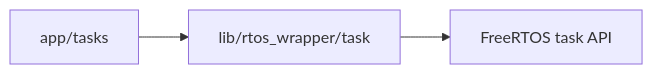
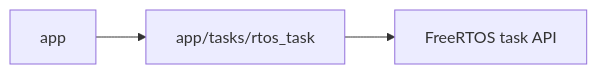
Before and after one commit to starkensan/usb_midi_pedal: the first of 2 diagrams in docs/designs/rtos-task.md, drawn with Mermaid. The commit also changed other lines of this file and 8 other files, not shown here.

````diff
--- a/docs/designs/rtos-task.md
+++ b/docs/designs/rtos-task.md
@@ -26,5 +26,5 @@
 ```mermaid
 flowchart LR
-    app[app/tasks] --> wrapper[lib/rtos_wrapper/task]
+    app[app] --> wrapper[app/tasks/rtos_task]
     wrapper --> freertos[FreeRTOS task API]
 ```
````
